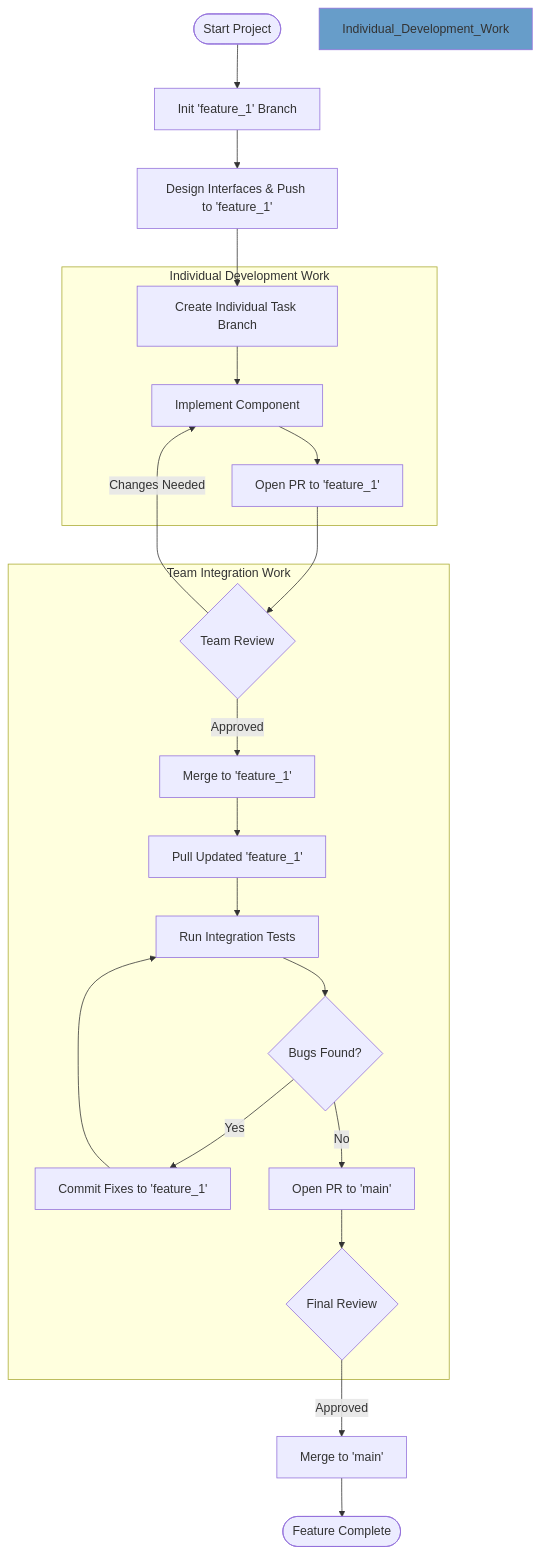
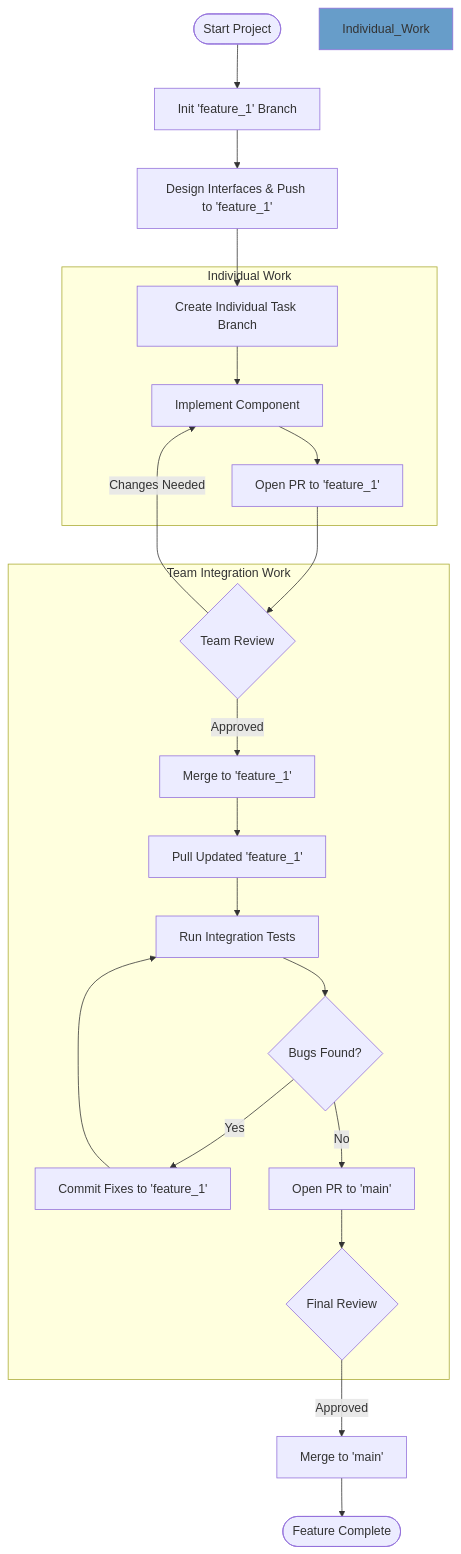
The first of 2 diagrams in README.md (cse4504-wustl/workflow), drawn with Mermaid before and after one commit.

Commit message:
Update README for clarity and terminology changes

````diff
--- a/README.md
+++ b/README.md
@@ -2,29 +2,29 @@
 ```mermaid
 flowchart TD
     Start([Start Project]) --> InitFeature[Init 'feature_1' Branch]
     InitFeature --> Design[Design Interfaces & Push to 'feature_1']
     Design --> BranchInd[Create Individual Task Branch]
 
-    subgraph Individual Development Work
+    subgraph Individual Work
     BranchInd --> Implement[Implement Component]
     Implement --> PR_Ind[Open PR to 'feature_1']
     end
 
     subgraph Team Integration Work
     Review_Ind -- Changes Needed --> Implement
     PR_Ind --> Review_Ind{Team Review}
     Review_Ind -- Approved --> Merge_Ind[Merge to 'feature_1']    
     Merge_Ind --> Pull[Pull Updated 'feature_1']
     Pull --> Test[Run Integration Tests]
     Test --> Fix{Bugs Found?}
     Fix -- Yes --> FixCommit[Commit Fixes to 'feature_1']
     FixCommit --> Test
     Fix -- No --> FinalPR[Open PR to 'main']
     FinalPR --> Review_Final{Final Review}
     end
 
     Review_Final -- Approved --> MainMerge[Merge to 'main']
     MainMerge --> Done([Feature Complete])
 
-    style Individual_Development_Work fill:#679DC9
+    style Individual_Work fill:#679DC9
 ```
````
